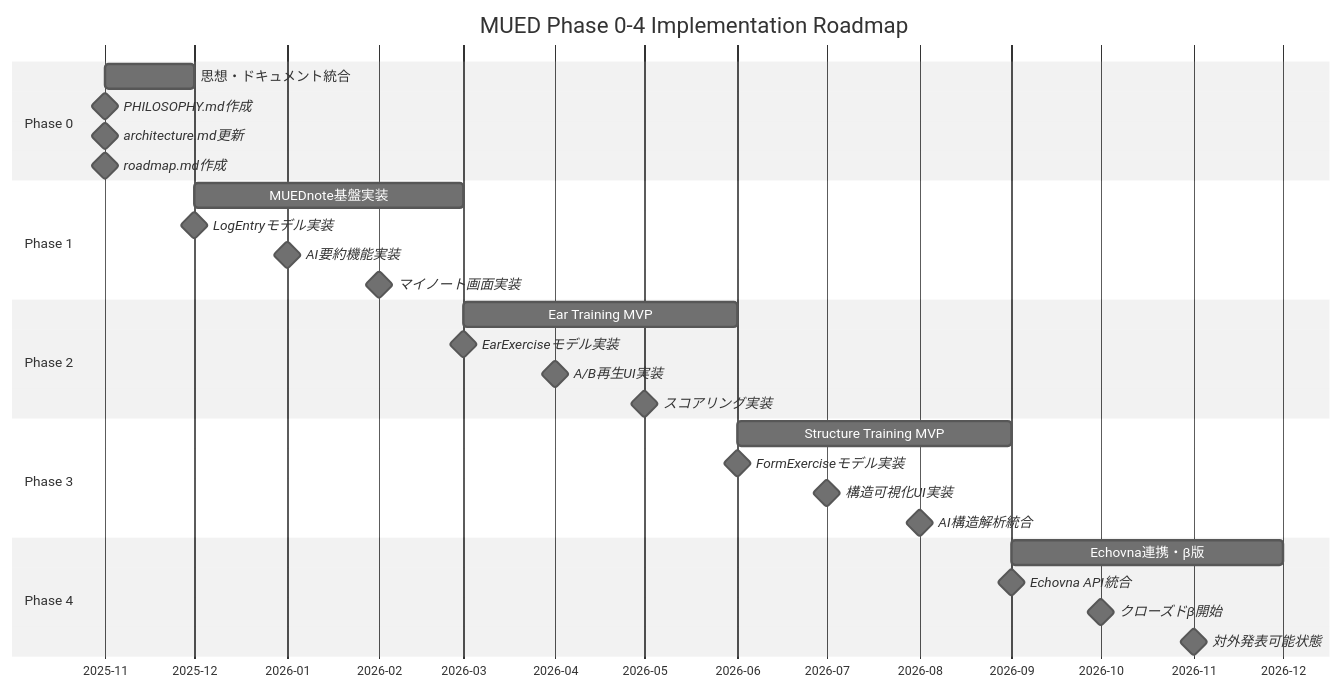
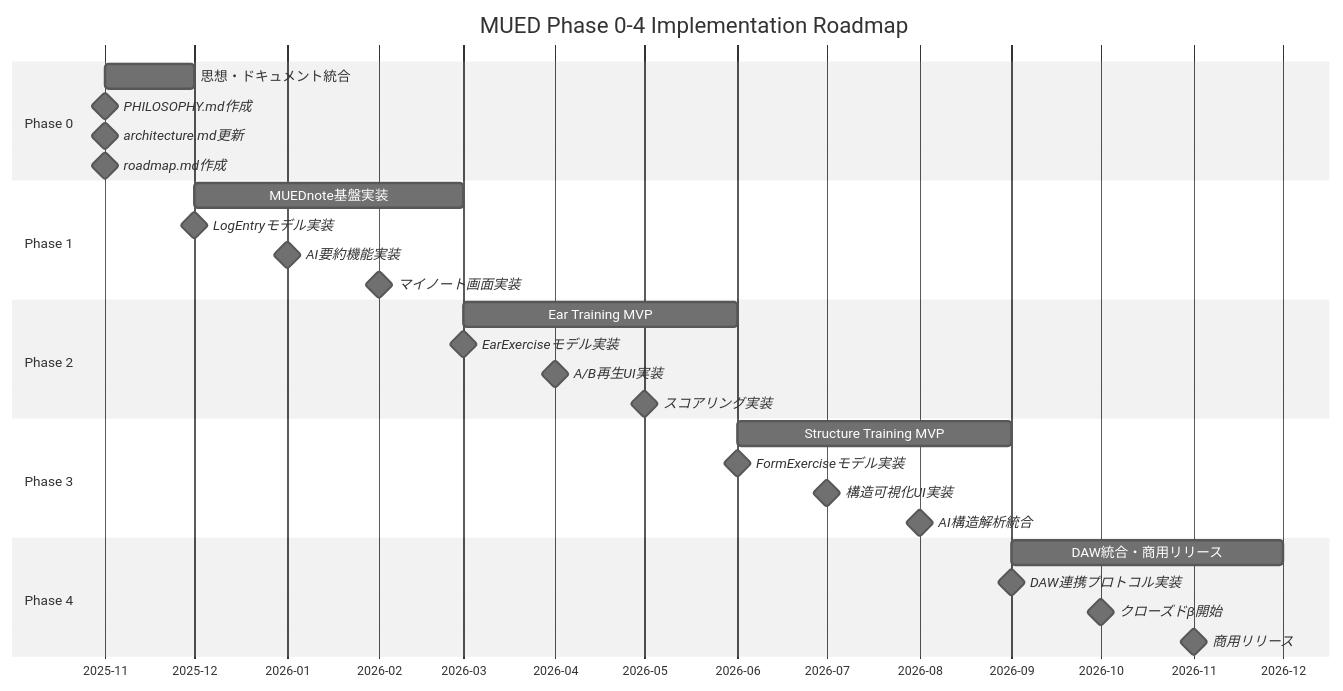
Before and after one commit to kimny1143/mued_v2: the ninth of 9 diagrams in docs/architecture/SYSTEM_ARCHITECTURE.md, drawn with Mermaid (neutral theme). The commit also changed other lines of this file and 2 other files, not shown here.

First line of the commit message:
docs: Phase 4 Echovna→DAW統合に修正、AI モデル・実装乖離を文書化

````diff
--- a/docs/architecture/SYSTEM_ARCHITECTURE.md
+++ b/docs/architecture/SYSTEM_ARCHITECTURE.md
@@ -667,36 +667,36 @@
 ```mermaid
 gantt
     title MUED Phase 0-4 Implementation Roadmap
     dateFormat YYYY-MM
     axisFormat %Y-%m
 
     section Phase 0
     思想・ドキュメント統合           :p0, 2025-11, 1M
     PHILOSOPHY.md作成               :milestone, p0-m1, 2025-11, 0d
     architecture.md更新              :milestone, p0-m2, 2025-11, 0d
     roadmap.md作成                   :milestone, p0-m3, 2025-11, 0d
 
     section Phase 1
     MUEDnote基盤実装                 :p1, after p0, 3M
     LogEntryモデル実装               :milestone, p1-m1, 2025-12, 0d
     AI要約機能実装                   :milestone, p1-m2, 2026-01, 0d
     マイノート画面実装               :milestone, p1-m3, 2026-02, 0d
 
     section Phase 2
     Ear Training MVP                 :p2, after p1, 3M
     EarExerciseモデル実装            :milestone, p2-m1, 2026-03, 0d
     A/B再生UI実装                    :milestone, p2-m2, 2026-04, 0d
     スコアリング実装                 :milestone, p2-m3, 2026-05, 0d
 
     section Phase 3
     Structure Training MVP           :p3, after p2, 3M
     FormExerciseモデル実装           :milestone, p3-m1, 2026-06, 0d
     構造可視化UI実装                 :milestone, p3-m2, 2026-07, 0d
     AI構造解析統合                   :milestone, p3-m3, 2026-08, 0d
 
     section Phase 4
-    Echovna連携・β版                :p4, after p3, 3M
-    Echovna API統合                  :milestone, p4-m1, 2026-09, 0d
+    DAW統合・商用リリース             :p4, after p3, 3M
+    DAW連携プロトコル実装            :milestone, p4-m1, 2026-09, 0d
     クローズドβ開始                 :milestone, p4-m2, 2026-10, 0d
-    対外発表可能状態                 :milestone, p4-m3, 2026-11, 0d
+    商用リリース                     :milestone, p4-m3, 2026-11, 0d
 ```
````
